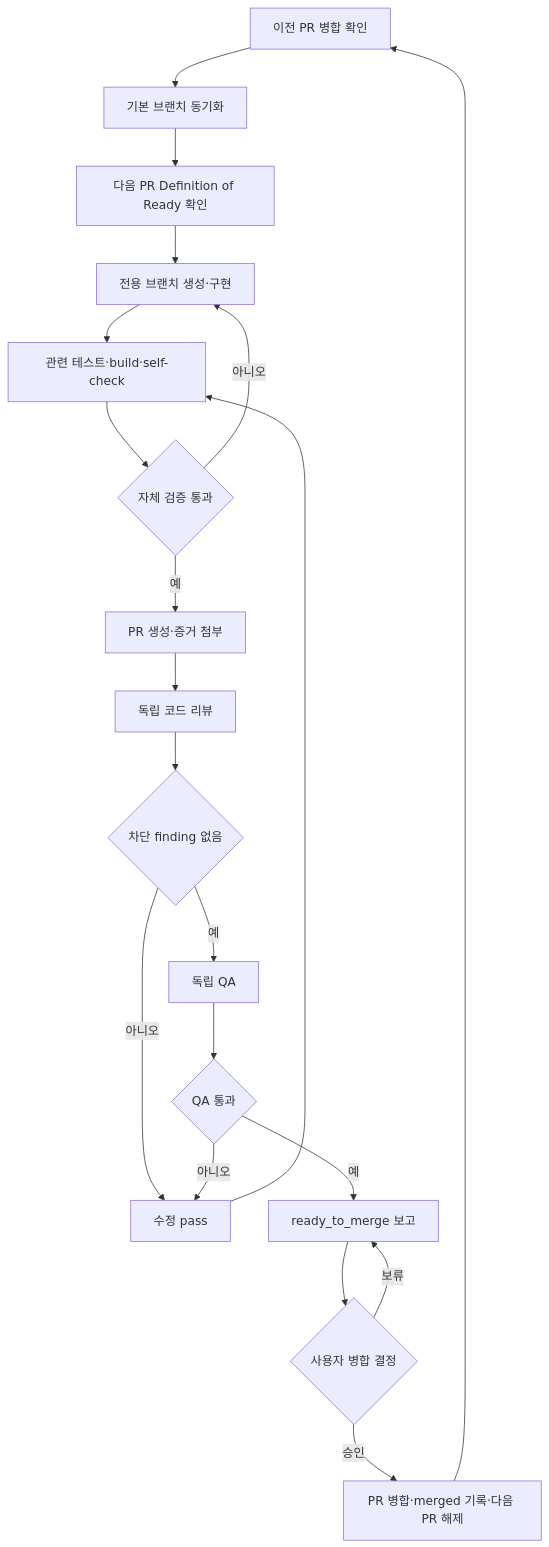
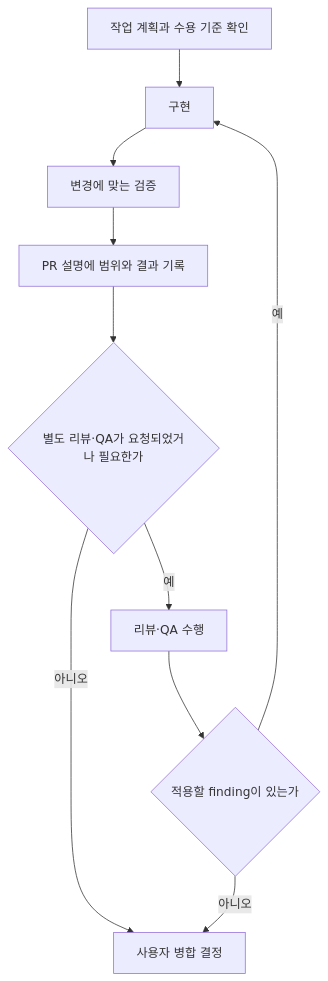
Before and after one commit to donghyunlee-dev/ai-agent-blueprint: the diagram in docs/delivery/development-pr-review-qa-workflow.md, drawn with Mermaid. The commit also changed other lines of this file and 19 other files, not shown here.

````diff
--- a/docs/delivery/development-pr-review-qa-workflow.md
+++ b/docs/delivery/development-pr-review-qa-workflow.md
@@ -65,22 +65,12 @@
 ```mermaid
 flowchart TD
-    A[이전 PR 병합 확인] --> B[기본 브랜치 동기화]
-    B --> C[다음 PR Definition of Ready 확인]
-    C --> D[전용 브랜치 생성·구현]
-    D --> E[관련 테스트·build·self-check]
-    E --> F{자체 검증 통과}
-    F -- 아니오 --> D
-    F -- 예 --> G[PR 생성·증거 첨부]
-    G --> H[독립 코드 리뷰]
-    H --> I{차단 finding 없음}
-    I -- 아니오 --> J[수정 pass]
-    J --> E
-    I -- 예 --> K[독립 QA]
-    K --> L{QA 통과}
-    L -- 아니오 --> J
-    L -- 예 --> M[ready_to_merge 보고]
-    M --> N{사용자 병합 결정}
-    N -- 보류 --> M
-    N -- 승인 --> O[PR 병합·merged 기록·다음 PR 해제]
-    O --> A
+    A[작업 계획과 수용 기준 확인] --> B[구현]
+    B --> C[변경에 맞는 검증]
+    C --> D[PR 설명에 범위와 결과 기록]
+    D --> E{별도 리뷰·QA가 요청되었거나 필요한가}
+    E -- 아니오 --> F[사용자 병합 결정]
+    E -- 예 --> G[리뷰·QA 수행]
+    G --> H{적용할 finding이 있는가}
+    H -- 예 --> B
+    H -- 아니오 --> F
 ```
````
